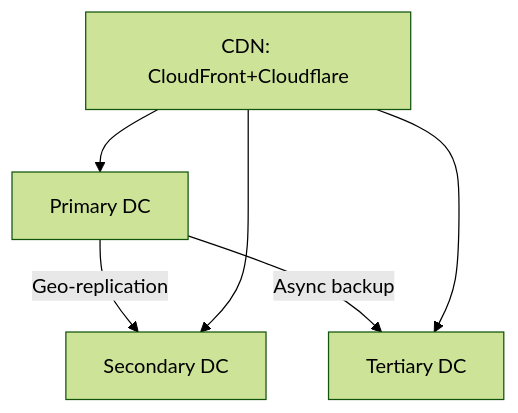
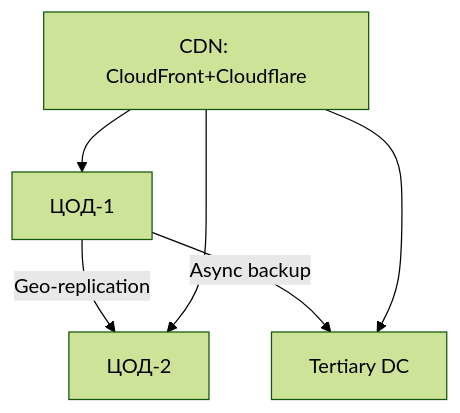
One commit to andreyantropov/architect-coursework changed the second of 4 diagrams in architecture/basic-architecture.md. Above: the diagram before and after it, drawn with Mermaid (forest theme). The commit also changed other lines of this file and 8 other files, not shown here.

Commit message:
refactor: Исправлены ошибки/опечатки в схемах, поправлен стиль документов.

````diff
--- a/architecture/basic-architecture.md
+++ b/architecture/basic-architecture.md
@@ -114,8 +114,8 @@
 ```mermaid
 graph TD
-    A[Primary DC] -->|Geo-replication| B[Secondary DC]
+    A[ЦОД-1] -->|Geo-replication| B[ЦОД-2]
     A -->|Async backup| C[Tertiary DC]
     D[CDN: CloudFront+Cloudflare] --> A
     D --> B
     D --> C
 ```
````
